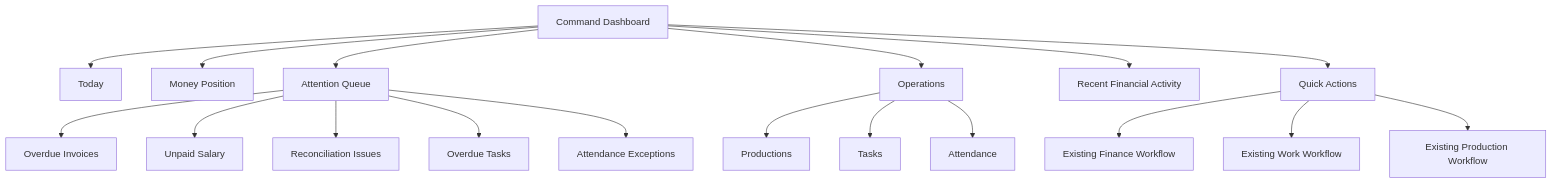
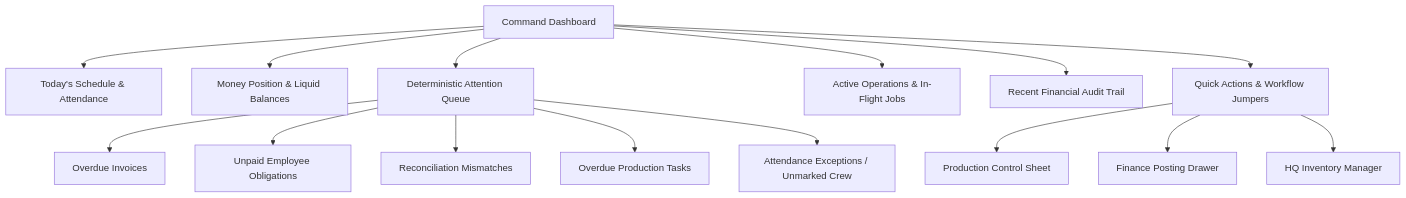
Before and after one commit to sufibuildwith-py/sa-controlcentre: the second of 12 diagrams in README.md, drawn with Mermaid. The commit also changed other lines of this file, not shown here.

Commit message:
docs: overhaul README to represent connected operating system and EVE architecture

````diff
--- a/README.md
+++ b/README.md
@@ -98,23 +150,19 @@
 ```mermaid
 flowchart TD
-    D[Command Dashboard] --> T[Today]
-    D --> M[Money Position]
-    D --> A[Attention Queue]
-    D --> O[Operations]
-    D --> R[Recent Financial Activity]
-    D --> Q[Quick Actions]
+    CMD[Command Dashboard] --> TODAY[Today's Schedule & Attendance]
+    CMD --> MONEY[Money Position & Liquid Balances]
+    CMD --> ATTN[Deterministic Attention Queue]
+    CMD --> OPS[Active Operations & In-Flight Jobs]
+    CMD --> RECENT[Recent Financial Audit Trail]
+    CMD --> ACTIONS[Quick Actions & Workflow Jumpers]
 
-    A --> RI[Overdue Invoices]
-    A --> US[Unpaid Salary]
-    A --> RC[Reconciliation Issues]
-    A --> OT[Overdue Tasks]
-    A --> AT[Attendance Exceptions]
+    ATTN --> A1[Overdue Invoices]
+    ATTN --> A2[Unpaid Employee Obligations]
+    ATTN --> A3[Reconciliation Mismatches]
+    ATTN --> A4[Overdue Production Tasks]
+    ATTN --> A5[Attendance Exceptions / Unmarked Crew]
 
-    O --> PR[Productions]
-    O --> TK[Tasks]
-    O --> AT2[Attendance]
-
-    Q --> F[Existing Finance Workflow]
-    Q --> W[Existing Work Workflow]
-    Q --> P2[Existing Production Workflow]
+    ACTIONS --> WF1[Production Control Sheet]
+    ACTIONS --> WF2[Finance Posting Drawer]
+    ACTIONS --> WF3[HQ Inventory Manager]
 ```
````
